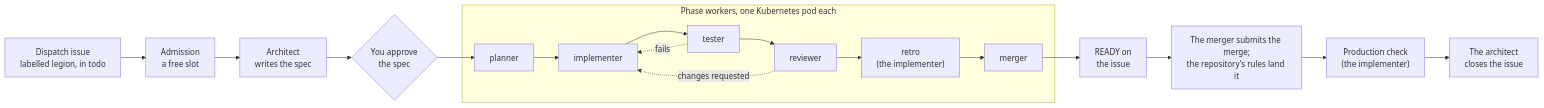
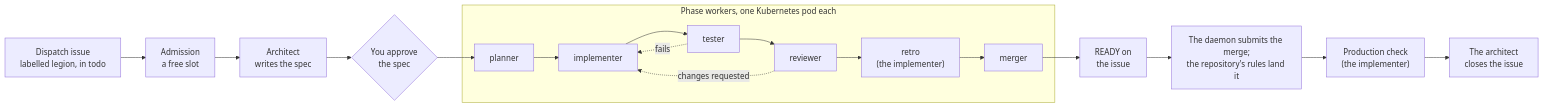
One commit to JasonGross/legion changed the diagram in docs/site/src/content/docs/legion/index.md. Above: the diagram before and after it, drawn with Mermaid. The commit also changed 52 other files, not shown here.

First line of the commit message:
fix(daemon): merge READY heads without auto-merge (#1987)

````diff
--- a/docs/site/src/content/docs/legion/index.md
+++ b/docs/site/src/content/docs/legion/index.md
@@ -24,20 +24,20 @@
 ```mermaid
 flowchart LR
   issue["Dispatch issue<br/>labelled legion, in todo"] --> admission["Admission<br/>a free slot"]
   admission --> architect["Architect<br/>writes the spec"]
   architect --> gate{"You approve<br/>the spec"}
   gate --> planner
   subgraph pods["Phase workers, one Kubernetes pod each"]
     planner --> implementer
     implementer --> tester
     tester --> reviewer
     reviewer --> retro["retro<br/>(the implementer)"]
     retro --> merger
     tester -. fails .-> implementer
     reviewer -. changes requested .-> implementer
   end
   merger --> ready["READY on<br/>the issue"]
-  ready --> merge["The merger submits the merge;<br/>the repository's rules land it"]
+  ready --> merge["The daemon submits the merge;<br/>the repository's rules land it"]
   merge --> production["Production check<br/>(the implementer)"]
   production --> done["The architect<br/>closes the issue"]
 ```
````
